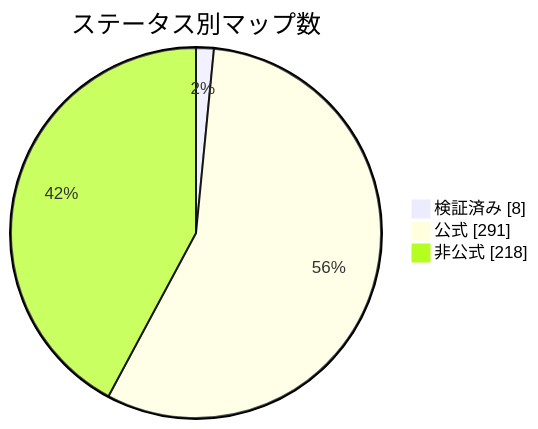
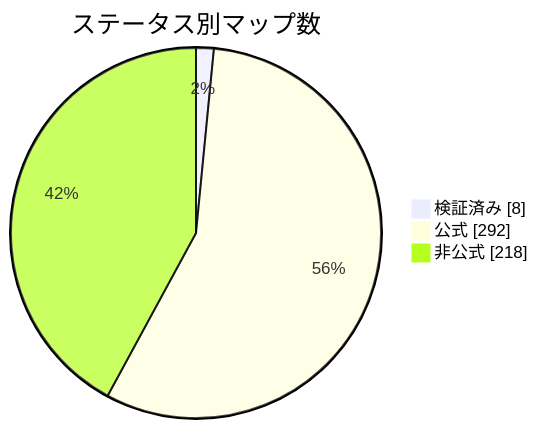
One commit to nobrega8/mbmap-library changed the diagram in docs/readme/README_JP.md. Above: the diagram before and after it, drawn with Mermaid. The commit also changed 5 other files, not shown here.

````diff
--- a/docs/readme/README_JP.md
+++ b/docs/readme/README_JP.md
@@ -54,7 +54,7 @@
 ```mermaid
 pie showData
     title ステータス別マップ数
     "検証済み" : 8
-    "公式" : 291
+    "公式" : 292
     "非公式" : 218
 ```
````
